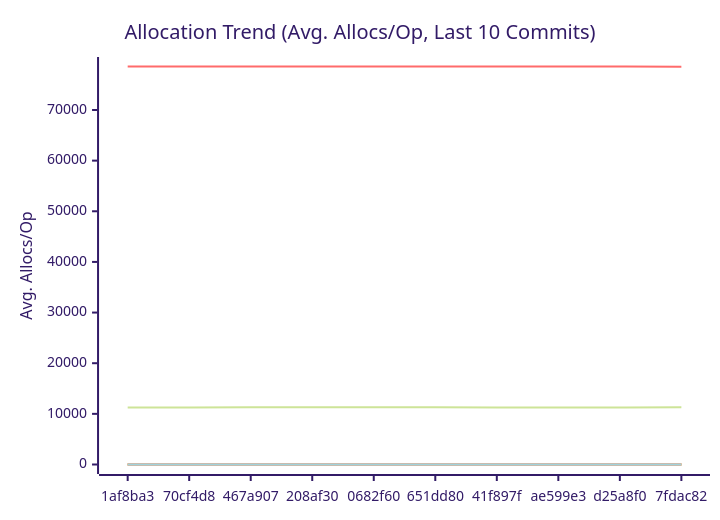
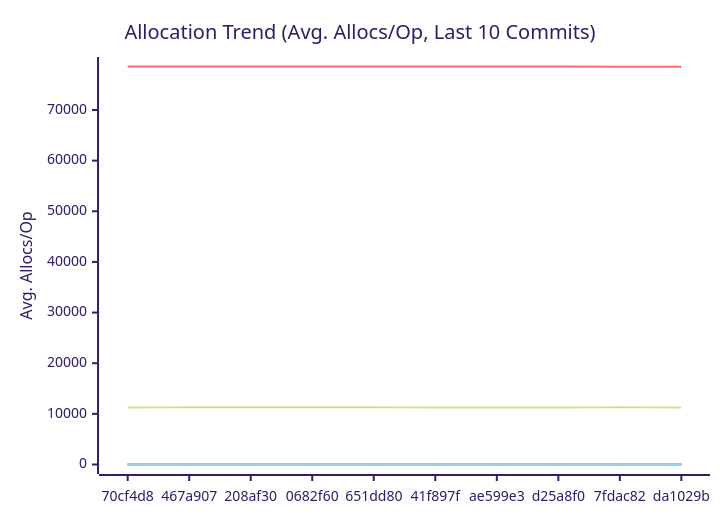
One commit to alsotoes/momo changed the third of 3 diagrams in docs/PERFORMANCE.md. Above: the diagram before and after it, drawn with Mermaid (forest theme). The commit also changed other lines of this file and 3 other files, not shown here.

````diff
--- a/docs/PERFORMANCE.md
+++ b/docs/PERFORMANCE.md
@@ -197,20 +196,20 @@
 ```mermaid
 xychart-beta
     title "Allocation Trend (Avg. Allocs/Op, Last 10 Commits)"
     x-axis "Commit"
     y-axis "Avg. Allocs/Op"
-    x-axis [1af8ba3,70cf4d8,467a907,208af30,0682f60,651dd80,41f897f,ae599e3,d25a8f0,7fdac82]
-    line "AWSChunkedReaderSigned" [11279,11278,11297,11285,11285,11290,11275,11278,11276,11292]
-    line "AWSChunkedReaderUnsigned" [78575,78573,78574,78586,78562,78583,78570,78570,78570,78560]
+    x-axis [70cf4d8,467a907,208af30,0682f60,651dd80,41f897f,ae599e3,d25a8f0,7fdac82,da1029b]
+    line "AWSChunkedReaderSigned" [11278,11297,11285,11285,11290,11275,11278,11276,11292,11270]
+    line "AWSChunkedReaderUnsigned" [78573,78574,78586,78562,78583,78570,78570,78570,78560,78555]
     line "CheckMetricsAndSwap" [0,0,0,0,0,0,0,0,0,0]
     line "CrushOptimized" [0,0,0,0,0,0,0,0,0,0]
     line "CrushOriginal" [3,3,3,3,3,3,3,3,3,3]
     line "IndexDirectTracking" [0,0,0,0,0,0,0,0,0,0]
     line "IndexSearch" [0,0,0,0,0,0,0,0,0,0]
     line "LoadGlobalConfig" [54,54,54,54,54,54,54,54,54,54]
     line "PadString" [1,1,1,1,1,1,1,1,1,1]
     line "ParseReplicationOrder_NoPrealloc" [6,6,6,6,6,5,5,5,5,5]
     line "ParseReplicationOrder_Prealloc" [2,2,2,2,2,1,1,1,1,1]
     line "SanitizeLog/Safe" [0,0,0,0,0,0,0,0,0,0]
     line "SanitizeLog/Unsafe" [1,1,1,1,1,1,1,1,1,1]
 ```
````
